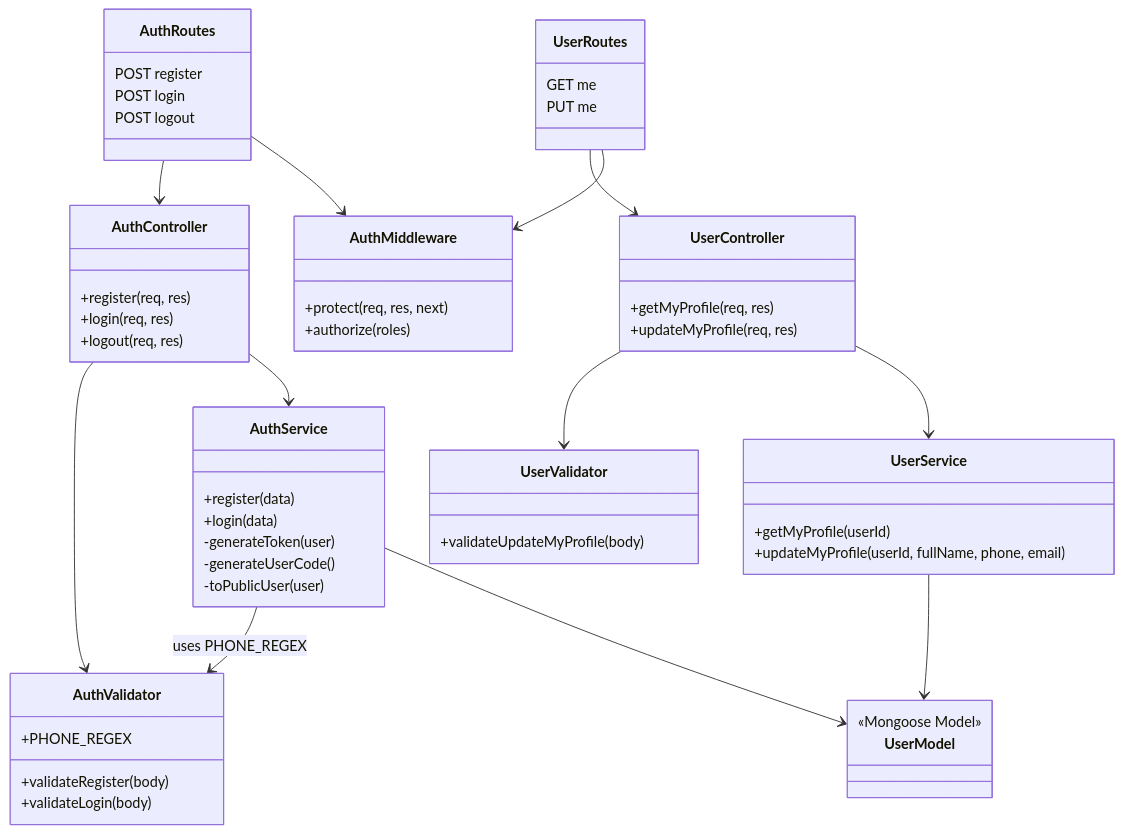
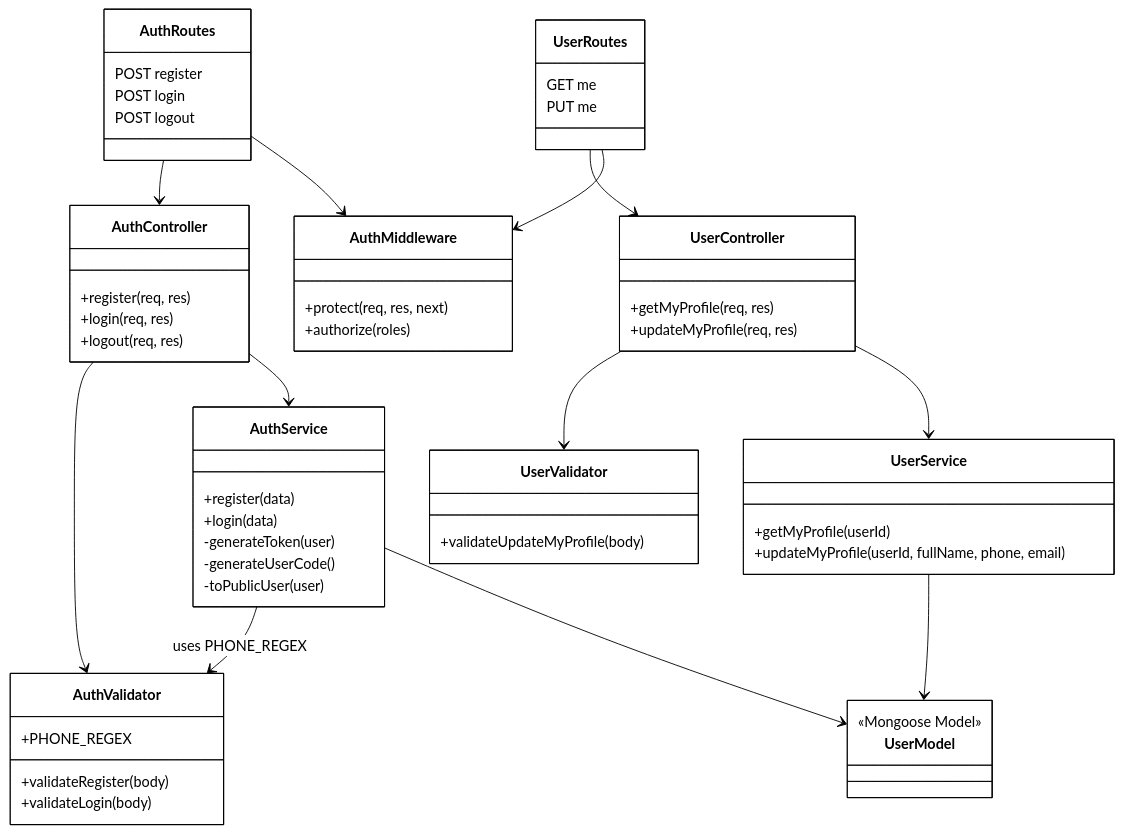
Before and after one commit to Hung558/SEP490_G38-VCMOS_BE: the fifth of 6 diagrams in docs/BE_overview.md, drawn with Mermaid. The commit also changed other lines of this file and 6 other files, not shown here.

Commit message:
schema update

````diff
--- a/docs/BE_overview.md
+++ b/docs/BE_overview.md
@@ -196,59 +200,60 @@
 ```mermaid
+%%{init: {'theme': 'base', 'themeVariables': { 'primaryColor': '#ffffff', 'primaryTextColor': '#000000', 'primaryBorderColor': '#000000', 'lineColor': '#000000', 'secondaryColor': '#ffffff', 'tertiaryColor': '#ffffff', 'mainBkg': '#ffffff', 'nodeBorder': '#000000', 'classText': '#000000' }}}%%
 classDiagram
     class AuthRoutes {
         POST register
         POST login
         POST logout
     }
     class UserRoutes {
         GET me
         PUT me
     }
     class AuthMiddleware {
         +protect(req, res, next)
         +authorize(roles)
     }
     class AuthController {
         +register(req, res)
         +login(req, res)
         +logout(req, res)
     }
     class UserController {
         +getMyProfile(req, res)
         +updateMyProfile(req, res)
     }
     class AuthValidator {
         +PHONE_REGEX
         +validateRegister(body)
         +validateLogin(body)
     }
     class UserValidator {
         +validateUpdateMyProfile(body)
     }
     class AuthService {
         +register(data)
         +login(data)
         -generateToken(user)
         -generateUserCode()
         -toPublicUser(user)
     }
     class UserService {
         +getMyProfile(userId)
         +updateMyProfile(userId, fullName, phone, email)
     }
     class UserModel {
         <<Mongoose Model>>
     }
 
     AuthRoutes --> AuthController
     AuthRoutes --> AuthMiddleware
     UserRoutes --> UserController
     UserRoutes --> AuthMiddleware
     AuthController --> AuthValidator
     AuthController --> AuthService
     UserController --> UserValidator
     UserController --> UserService
     AuthService --> AuthValidator : uses PHONE_REGEX
     AuthService --> UserModel
     UserService --> UserModel
 ```
````
